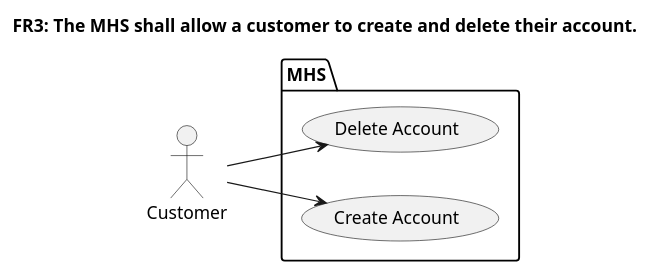
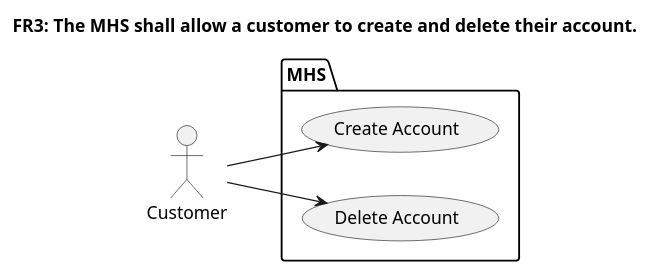
Before and after one commit to notkaramel/ECSE321-Mar1HotelSystem: the diagram in documentation/UMLCodes/FR3_UCDiagram.plantuml, drawn with PlantUML. The commit also changed other lines of this file, not shown here.

Commit message:
Revert Create/Delete order

```diff
--- a/documentation/UMLCodes/FR3_UCDiagram.plantuml
+++ b/documentation/UMLCodes/FR3_UCDiagram.plantuml
@@ -1,14 +1,14 @@
 @startuml FR3
 title FR3: The MHS shall allow a customer to create and delete their account.
 left to right direction
 :Customer: as c
 
 package MHS {
+    (Create Account)
     (Delete Account)
-    (Create Account)
 }
 
 c --> (Create Account)
 c --> (Delete Account)
 
 @enduml
```
